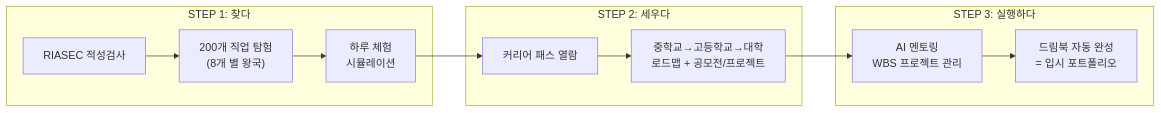
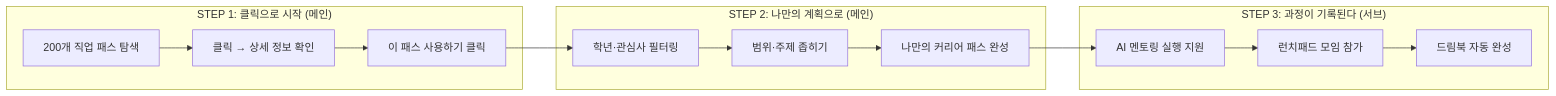
The first of 2 diagrams in Readme.md (Collegenie-X/AI-career-path), drawn with Mermaid before and after one commit. The commit also changed other lines of this file and 9 other files, not shown here.

````diff
--- a/Readme.md
+++ b/Readme.md
@@ -86,15 +130,17 @@
 ```mermaid
 graph LR
-    subgraph "STEP 1: 찾다"
-        A["RIASEC 적성검사"] --> B["200개 직업 탐험<br/>(8개 별 왕국)"]
-        B --> C["하루 체험<br/>시뮬레이션"]
+    subgraph "STEP 1: 클릭으로 시작 (메인)"
+        A["200개 직업 패스 탐색"] --> B["클릭 → 상세 정보 확인"]
+        B --> C["이 패스 사용하기 클릭"]
     end
-    subgraph "STEP 2: 세우다"
-        C --> D["커리어 패스 열람"]
-        D --> E["중학교→고등학교→대학<br/>로드맵 + 공모전/프로젝트"]
+    subgraph "STEP 2: 나만의 계획으로 (메인)"
+        C --> D["학년·관심사 필터링"]
+        D --> E["범위·주제 좁히기"]
+        E --> F["나만의 커리어 패스 완성"]
     end
-    subgraph "STEP 3: 실행하다"
-        E --> F["AI 멘토링<br/>WBS 프로젝트 관리"]
-        F --> G["드림북 자동 완성<br/>= 입시 포트폴리오"]
+    subgraph "STEP 3: 과정이 기록된다 (서브)"
+        F --> G["AI 멘토링 실행 지원"]
+        G --> H["런치패드 모임 참가"]
+        H --> I["드림북 자동 완성"]
     end
 ```
````
